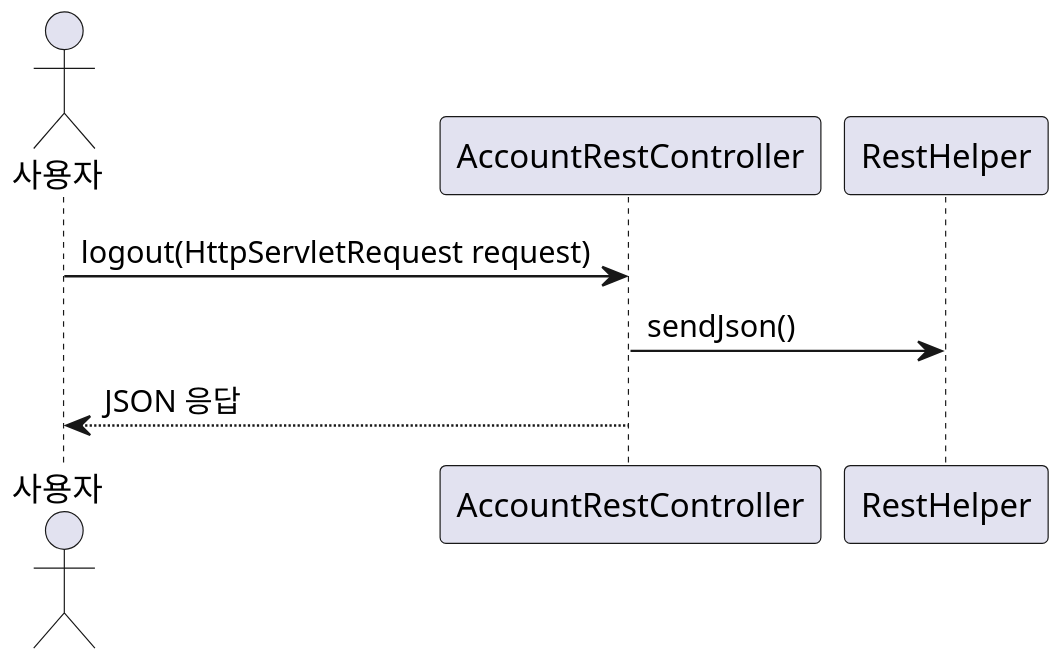
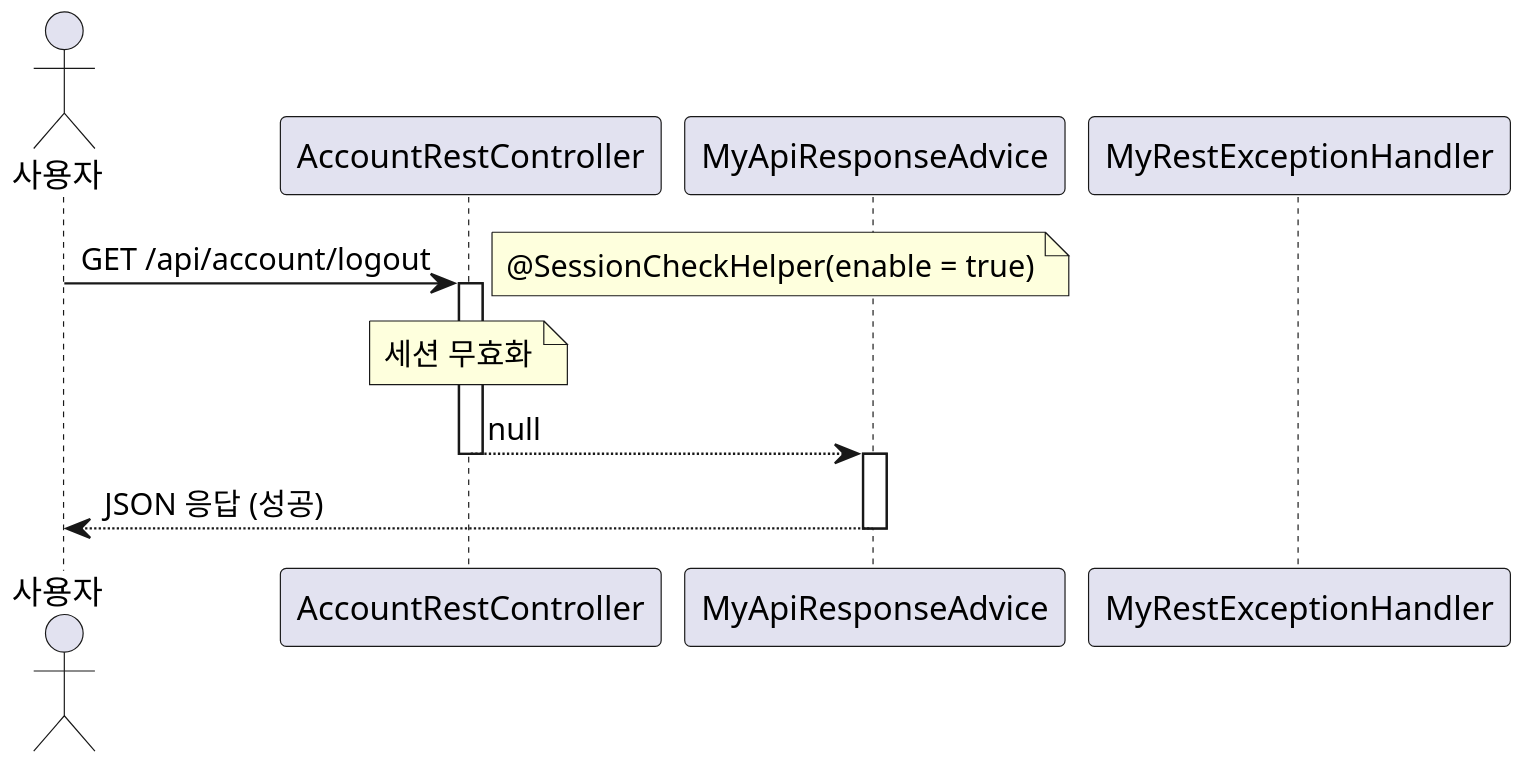
The diagram in uml/AccountRestController/logout_Sequence.puml (leekh4232/study-myshop), drawn with PlantUML before and after one commit. The commit also changed 144 other files, not shown here.

```diff
--- a/uml/AccountRestController/logout_Sequence.puml
+++ b/uml/AccountRestController/logout_Sequence.puml
@@ -1,10 +1,21 @@
 @startuml
 skinparam dpi 200
-actor 사용자
+
+actor Actor as "사용자"
 participant AccountRestController
-participant RestHelper
+participant MyApiResponseAdvice
+participant MyRestExceptionHandler
 
-사용자 -> AccountRestController : logout(HttpServletRequest request)
-AccountRestController -> RestHelper : sendJson()
-AccountRestController --> 사용자 : JSON 응답
+Actor -> AccountRestController: GET /api/account/logout
+activate AccountRestController
+note right: @SessionCheckHelper(enable = true)
+
+note over AccountRestController: 세션 무효화
+
+AccountRestController --> MyApiResponseAdvice: null
+deactivate AccountRestController
+activate MyApiResponseAdvice
+MyApiResponseAdvice --> Actor: JSON 응답 (성공)
+deactivate MyApiResponseAdvice
+
 @enduml
```
